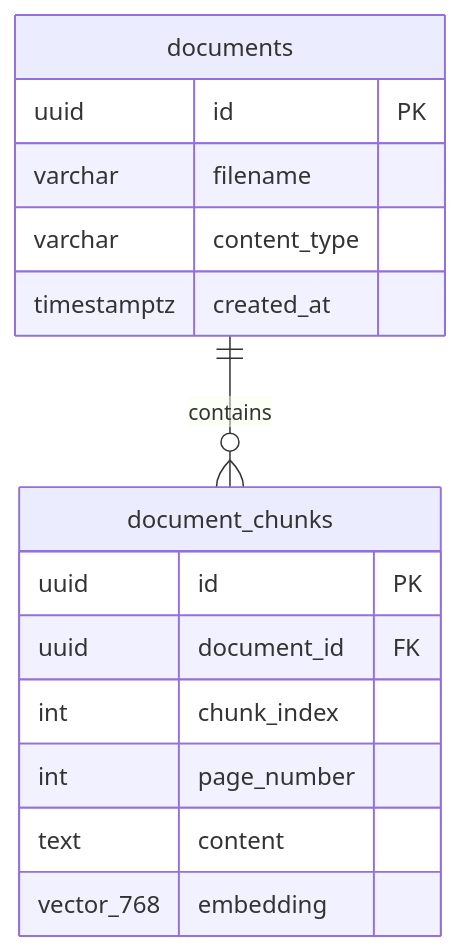
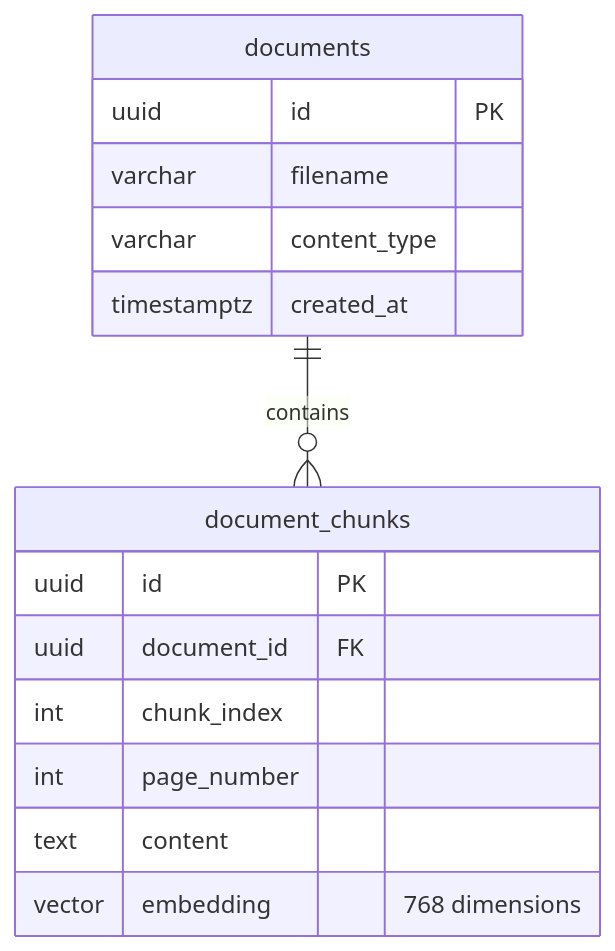
The second of 9 diagrams in readme.md (hidayatarg/enterprise-rag), drawn with Mermaid before and after one commit. The commit also changed other lines of this file, not shown here.

````diff
--- a/readme.md
+++ b/readme.md
@@ -79,18 +92,18 @@
 ```mermaid
 erDiagram
     documents ||--o{ document_chunks : contains
     documents {
         uuid id PK
         varchar filename
         varchar content_type
         timestamptz created_at
     }
     document_chunks {
         uuid id PK
         uuid document_id FK
         int chunk_index
         int page_number
         text content
-        vector_768 embedding
+        vector embedding "768 dimensions"
     }
 ```
````
